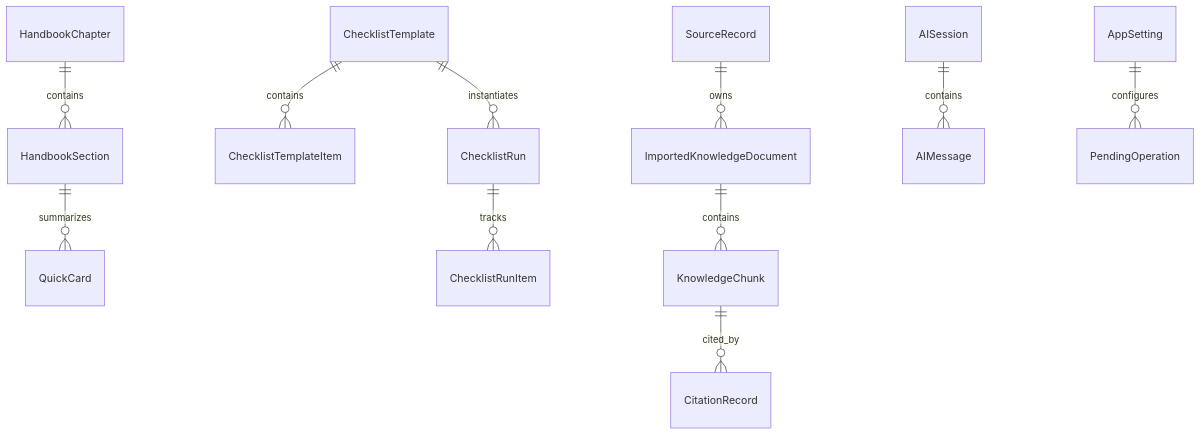
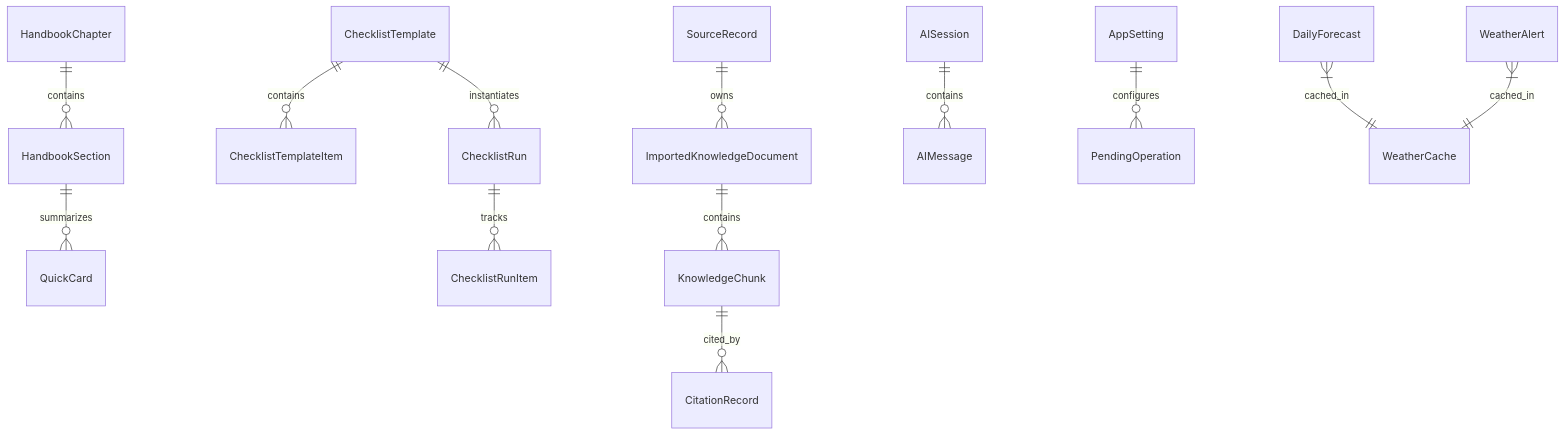
One commit to Org-EthereaLogic/OSA changed the diagram in docs/sdlc/06-data-model-local-storage.md. Above: the diagram before and after it, drawn with Mermaid. The commit also changed other lines of this file and 46 other files, not shown here.

First line of the commit message:
docs(sync): Maps + Weather features, NWS alert feed integration, 17 trusted sources, location permissions, test count 372

````diff
--- a/docs/sdlc/06-data-model-local-storage.md
+++ b/docs/sdlc/06-data-model-local-storage.md
@@ -56,14 +56,17 @@
 ```mermaid
 erDiagram
     HandbookChapter ||--o{ HandbookSection : contains
     HandbookSection ||--o{ QuickCard : summarizes
     ChecklistTemplate ||--o{ ChecklistTemplateItem : contains
     ChecklistTemplate ||--o{ ChecklistRun : instantiates
     ChecklistRun ||--o{ ChecklistRunItem : tracks
     SourceRecord ||--o{ ImportedKnowledgeDocument : owns
     ImportedKnowledgeDocument ||--o{ KnowledgeChunk : contains
     KnowledgeChunk ||--o{ CitationRecord : cited_by
     AISession ||--o{ AIMessage : contains
     AppSetting ||--o{ PendingOperation : configures
+    DailyForecast }|--|| WeatherCache : cached_in
+    WeatherAlert }|--|| WeatherCache : cached_in
     %% Note: AISession, AIMessage, AppSetting, and PendingOperation are planned but not yet implemented.
+    %% DailyForecast and WeatherAlert are standalone cached entities (no relationships to other domain models).
 ```
````
